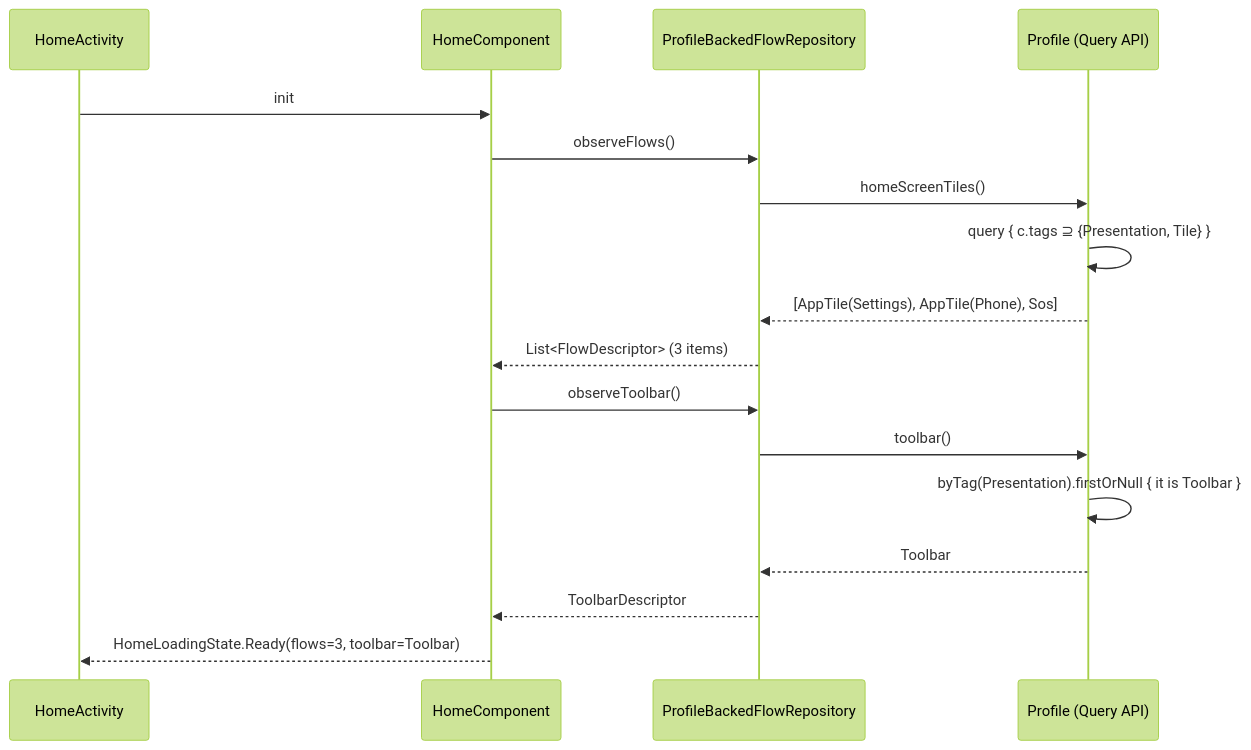
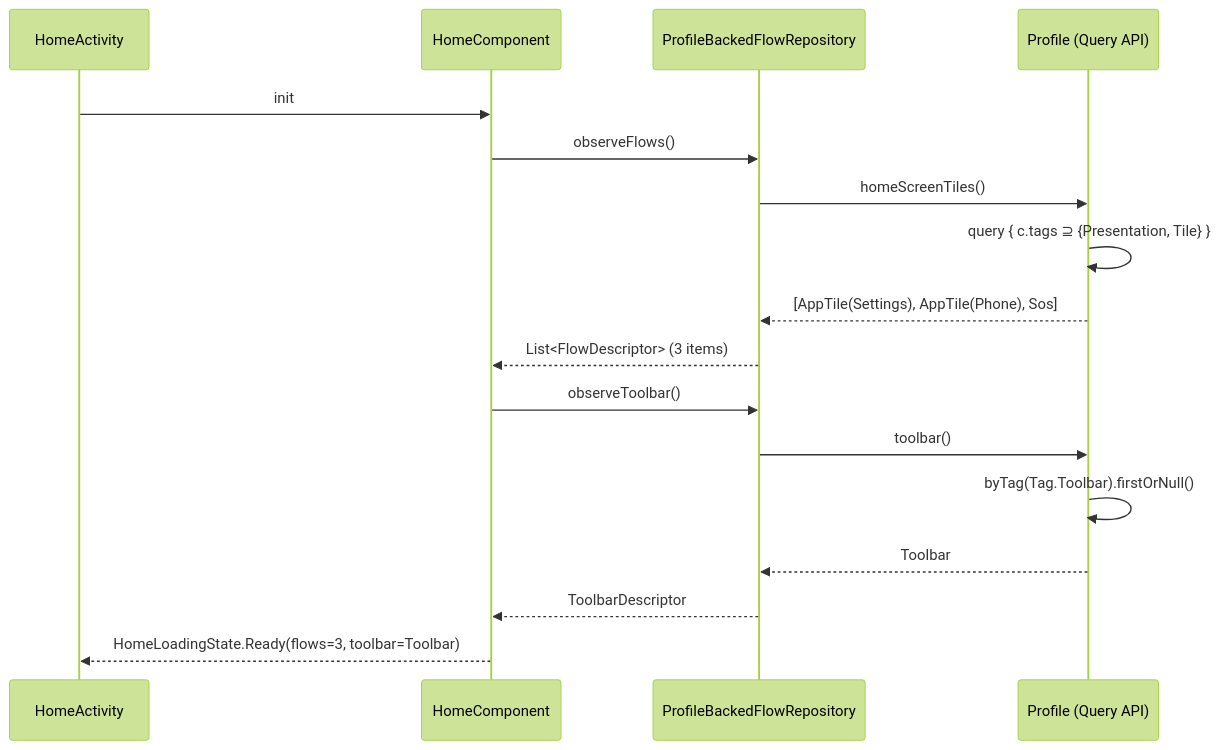
Before and after one commit to jeromwork/launcher: the sixth of 8 diagrams in specs/task-127-ecs-tags-and-query/spec.md, drawn with Mermaid (forest theme). The commit also changed other lines of this file and 7 other files, not shown here.

````diff
--- a/specs/task-127-ecs-tags-and-query/spec.md
+++ b/specs/task-127-ecs-tags-and-query/spec.md
@@ -256,19 +256,19 @@
 ```mermaid
 sequenceDiagram
   participant HUI as HomeActivity
   participant HVM as HomeComponent
   participant HR as ProfileBackedFlowRepository
   participant P as Profile (Query API)
   HUI->>HVM: init
   HVM->>HR: observeFlows()
   HR->>P: homeScreenTiles()
   P->>P: query { c.tags ⊇ {Presentation, Tile} }
   P-->>HR: [AppTile(Settings), AppTile(Phone), Sos]
   HR-->>HVM: List<FlowDescriptor> (3 items)
   HVM->>HR: observeToolbar()
   HR->>P: toolbar()
-  P->>P: byTag(Presentation).firstOrNull { it is Toolbar }
+  P->>P: byTag(Tag.Toolbar).firstOrNull()
   P-->>HR: Toolbar
   HR-->>HVM: ToolbarDescriptor
   HVM-->>HUI: HomeLoadingState.Ready(flows=3, toolbar=Toolbar)
 ```
````
